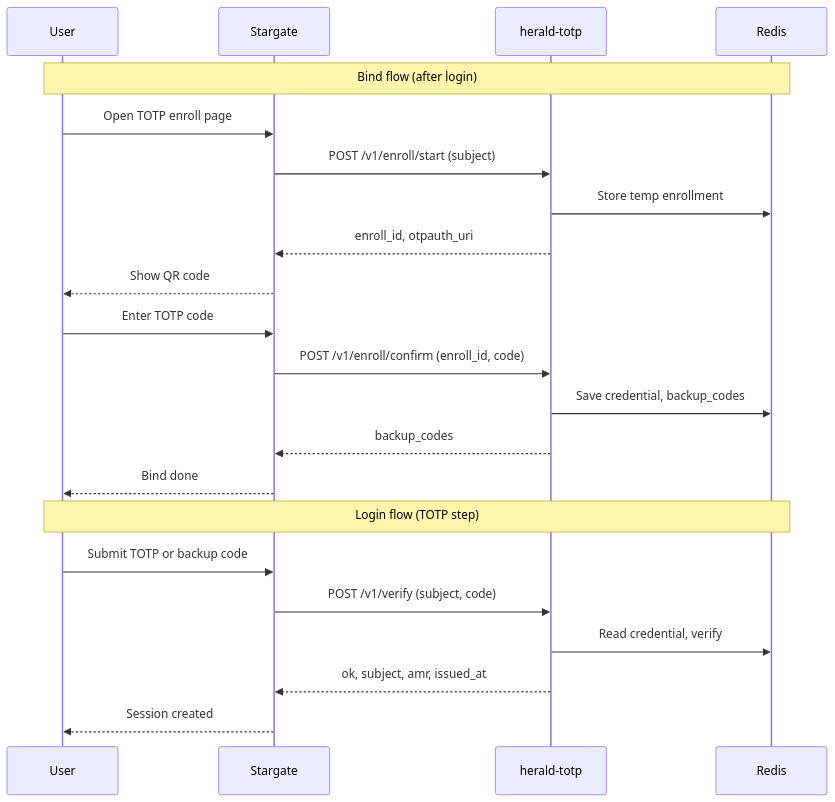
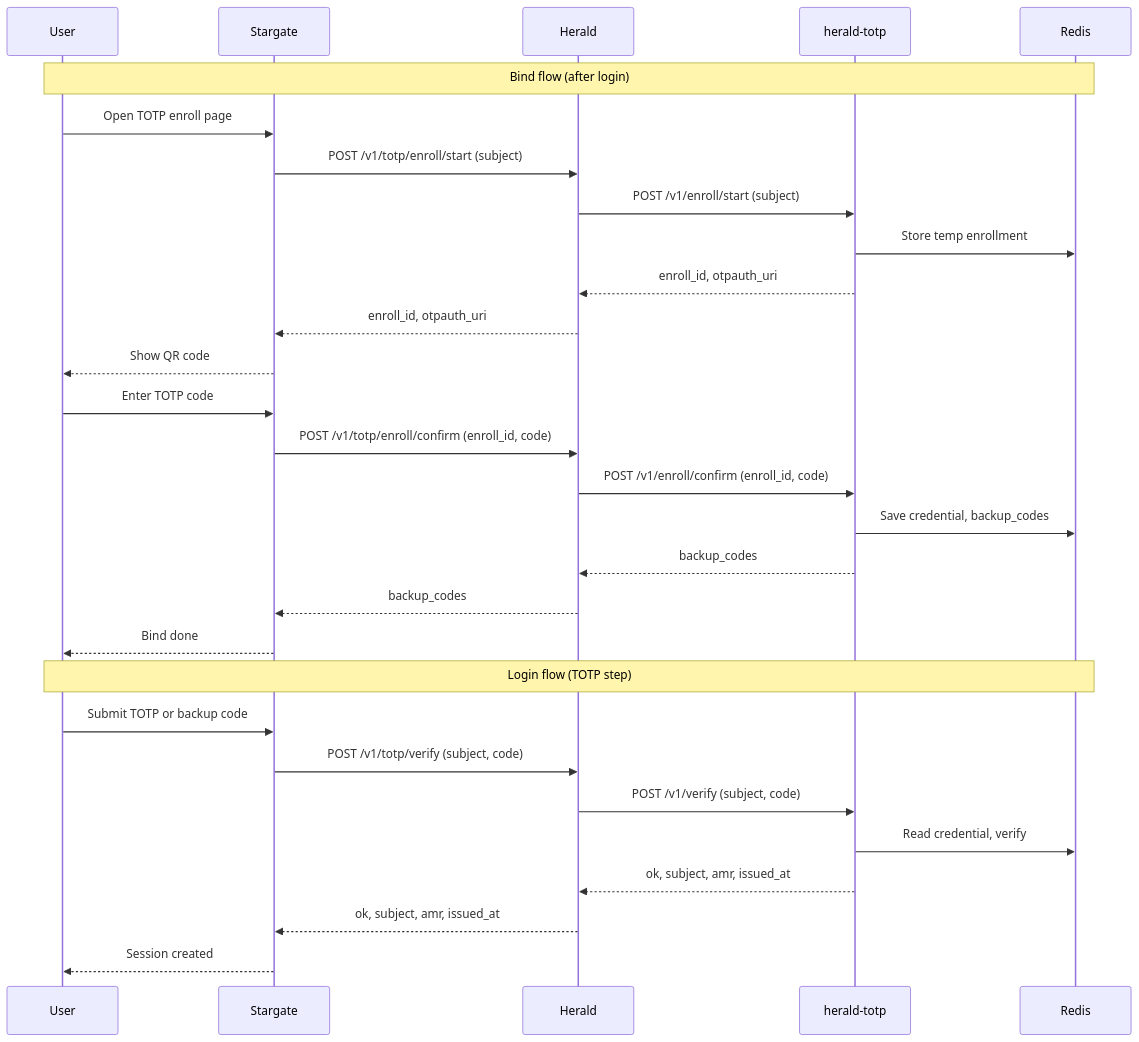
One commit to soulteary/herald-totp changed the diagram in README.md. Above: the diagram before and after it, drawn with Mermaid. The commit also changed other lines of this file and 9 other files, not shown here.

````diff
--- a/README.md
+++ b/README.md
@@ -37,26 +37,33 @@
 ```mermaid
 sequenceDiagram
   participant User
   participant Stargate
+  participant Herald
   participant HeraldTotp as herald-totp
   participant Redis
 
   Note over User,Redis: Bind flow (after login)
   User->>Stargate: Open TOTP enroll page
-  Stargate->>HeraldTotp: POST /v1/enroll/start (subject)
+  Stargate->>Herald: POST /v1/totp/enroll/start (subject)
+  Herald->>HeraldTotp: POST /v1/enroll/start (subject)
   HeraldTotp->>Redis: Store temp enrollment
-  HeraldTotp-->>Stargate: enroll_id, otpauth_uri
+  HeraldTotp-->>Herald: enroll_id, otpauth_uri
+  Herald-->>Stargate: enroll_id, otpauth_uri
   Stargate-->>User: Show QR code
   User->>Stargate: Enter TOTP code
-  Stargate->>HeraldTotp: POST /v1/enroll/confirm (enroll_id, code)
+  Stargate->>Herald: POST /v1/totp/enroll/confirm (enroll_id, code)
+  Herald->>HeraldTotp: POST /v1/enroll/confirm (enroll_id, code)
   HeraldTotp->>Redis: Save credential, backup_codes
-  HeraldTotp-->>Stargate: backup_codes
+  HeraldTotp-->>Herald: backup_codes
+  Herald-->>Stargate: backup_codes
   Stargate-->>User: Bind done
 
   Note over User,Redis: Login flow (TOTP step)
   User->>Stargate: Submit TOTP or backup code
-  Stargate->>HeraldTotp: POST /v1/verify (subject, code)
+  Stargate->>Herald: POST /v1/totp/verify (subject, code)
+  Herald->>HeraldTotp: POST /v1/verify (subject, code)
   HeraldTotp->>Redis: Read credential, verify
-  HeraldTotp-->>Stargate: ok, subject, amr, issued_at
+  HeraldTotp-->>Herald: ok, subject, amr, issued_at
+  Herald-->>Stargate: ok, subject, amr, issued_at
   Stargate-->>User: Session created
 ```
````
